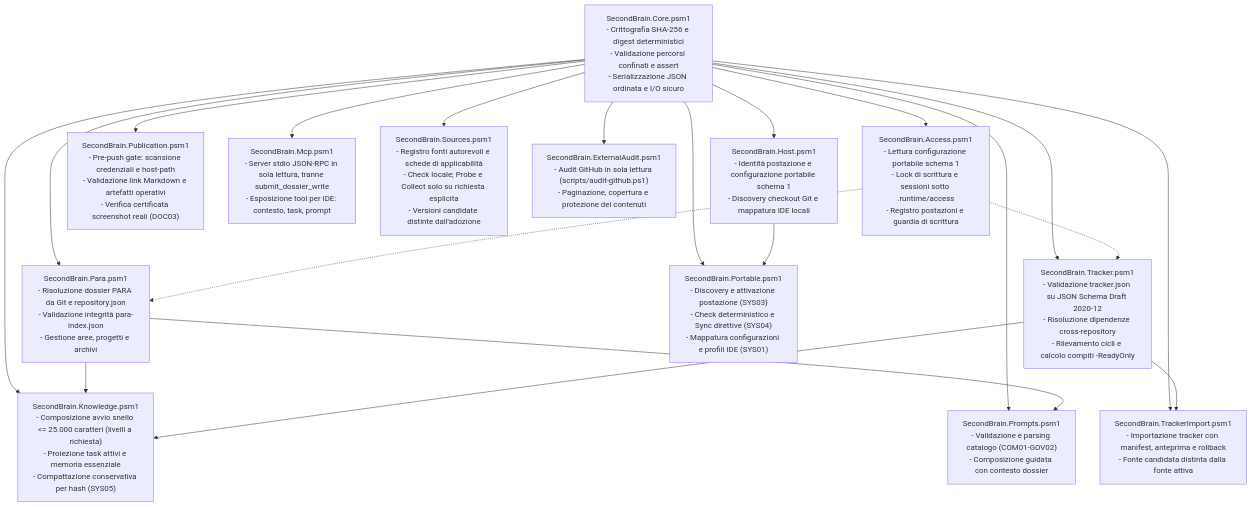
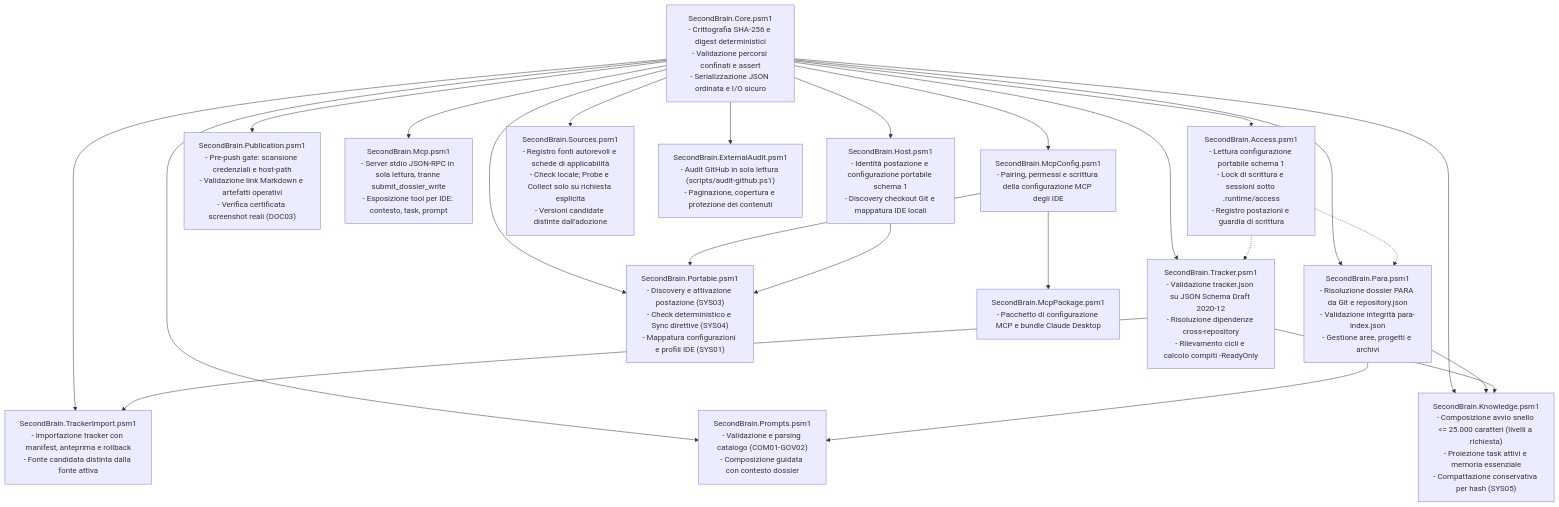
One commit to dennidalpos/secondbrain changed the second of 7 diagrams in docs/riferimento/architecture.it.md. Above: the diagram before and after it, drawn with Mermaid. The commit also changed 87 other files, not shown here.

````diff
--- a/docs/riferimento/architecture.it.md
+++ b/docs/riferimento/architecture.it.md
@@ -43,49 +43,56 @@
 ```mermaid
 flowchart TB
     CORE["SecondBrain.Core.psm1<br/>- Crittografia SHA-256 e digest deterministici<br/>- Validazione percorsi confinati e assert<br/>- Serializzazione JSON ordinata e I/O sicuro"]
 
     ACCESS["SecondBrain.Access.psm1<br/>- Lettura configurazione portabile schema 1<br/>- Lock di scrittura e sessioni sotto .runtime/access<br/>- Registro postazioni e guardia di scrittura"]
 
     HOST["SecondBrain.Host.psm1<br/>- Identità postazione e configurazione portabile schema 1<br/>- Discovery checkout Git e mappatura IDE locali"]
 
     PARA["SecondBrain.Para.psm1<br/>- Risoluzione dossier PARA da Git e repository.json<br/>- Validazione integrità para-index.json<br/>- Gestione aree, progetti e archivi"]
 
     TRACKER["SecondBrain.Tracker.psm1<br/>- Validazione tracker.json su JSON Schema Draft 2020-12<br/>- Risoluzione dipendenze cross-repository<br/>- Rilevamento cicli e calcolo compiti -ReadyOnly"]
 
     KNOWLEDGE["SecondBrain.Knowledge.psm1<br/>- Composizione avvio snello <= 25.000 caratteri (livelli a richiesta)<br/>- Proiezione task attivi e memoria essenziale<br/>- Compattazione conservativa per hash (SYS05)"]
 
     PORTABLE["SecondBrain.Portable.psm1<br/>- Discovery e attivazione postazione (SYS03)<br/>- Check deterministico e Sync direttive (SYS04)<br/>- Mappatura configurazioni e profili IDE (SYS01)"]
 
     PROMPTS["SecondBrain.Prompts.psm1<br/>- Validazione e parsing catalogo (COM01-GOV02)<br/>- Composizione guidata con contesto dossier"]
 
     PUBLICATION["SecondBrain.Publication.psm1<br/>- Pre-push gate: scansione credenziali e host-path<br/>- Validazione link Markdown e artefatti operativi<br/>- Verifica certificata screenshot reali (DOC03)"]
 
     MCP["SecondBrain.Mcp.psm1<br/>- Server stdio JSON-RPC in sola lettura, tranne submit_dossier_write<br/>- Esposizione tool per IDE: contesto, task, prompt"]
 
+    MCPCONFIG["SecondBrain.McpConfig.psm1<br/>- Pairing, permessi e scrittura della configurazione MCP degli IDE"]
+
+    MCPPACKAGE["SecondBrain.McpPackage.psm1<br/>- Pacchetto di configurazione MCP e bundle Claude Desktop"]
+
     SOURCES["SecondBrain.Sources.psm1<br/>- Registro fonti autorevoli e schede di applicabilità<br/>- Check locale; Probe e Collect solo su richiesta esplicita<br/>- Versioni candidate distinte dall'adozione"]
 
     EXTAUDIT["SecondBrain.ExternalAudit.psm1<br/>- Audit GitHub in sola lettura (scripts/audit-github.ps1)<br/>- Paginazione, copertura e protezione dei contenuti"]
 
     TRACKERIMP["SecondBrain.TrackerImport.psm1<br/>- Importazione tracker con manifest, anteprima e rollback<br/>- Fonte candidata distinta dalla fonte attiva"]
 
     CORE --> ACCESS
     CORE --> HOST
     CORE --> PARA
     CORE --> TRACKER
     CORE --> KNOWLEDGE
     CORE --> PORTABLE
     CORE --> PROMPTS
     CORE --> PUBLICATION
     CORE --> MCP
+    CORE --> MCPCONFIG
+    MCPCONFIG --> MCPPACKAGE
+    MCPCONFIG --> PORTABLE
     CORE --> SOURCES
     CORE --> EXTAUDIT
     CORE --> TRACKERIMP
 
     ACCESS -.-> PARA
     ACCESS -.-> TRACKER
     PARA --> KNOWLEDGE
     TRACKER --> KNOWLEDGE
     TRACKER --> TRACKERIMP
     HOST --> PORTABLE
     PARA --> PROMPTS
 ```
````
